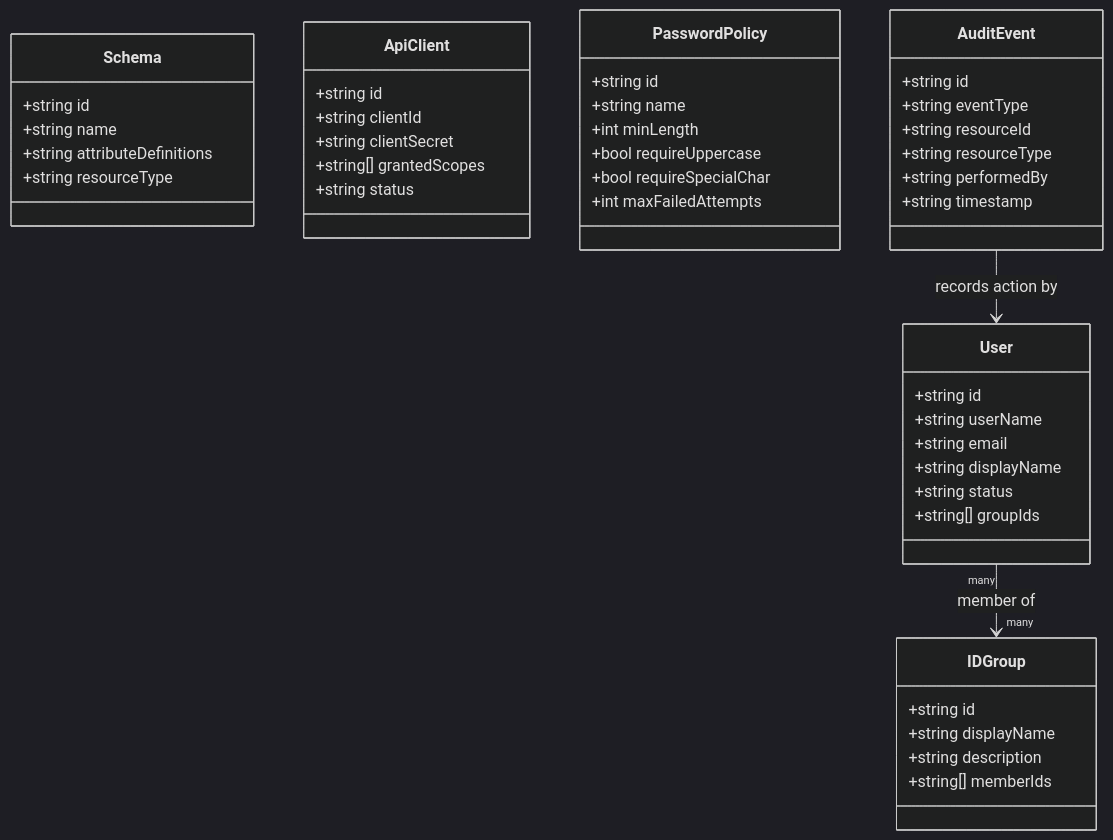
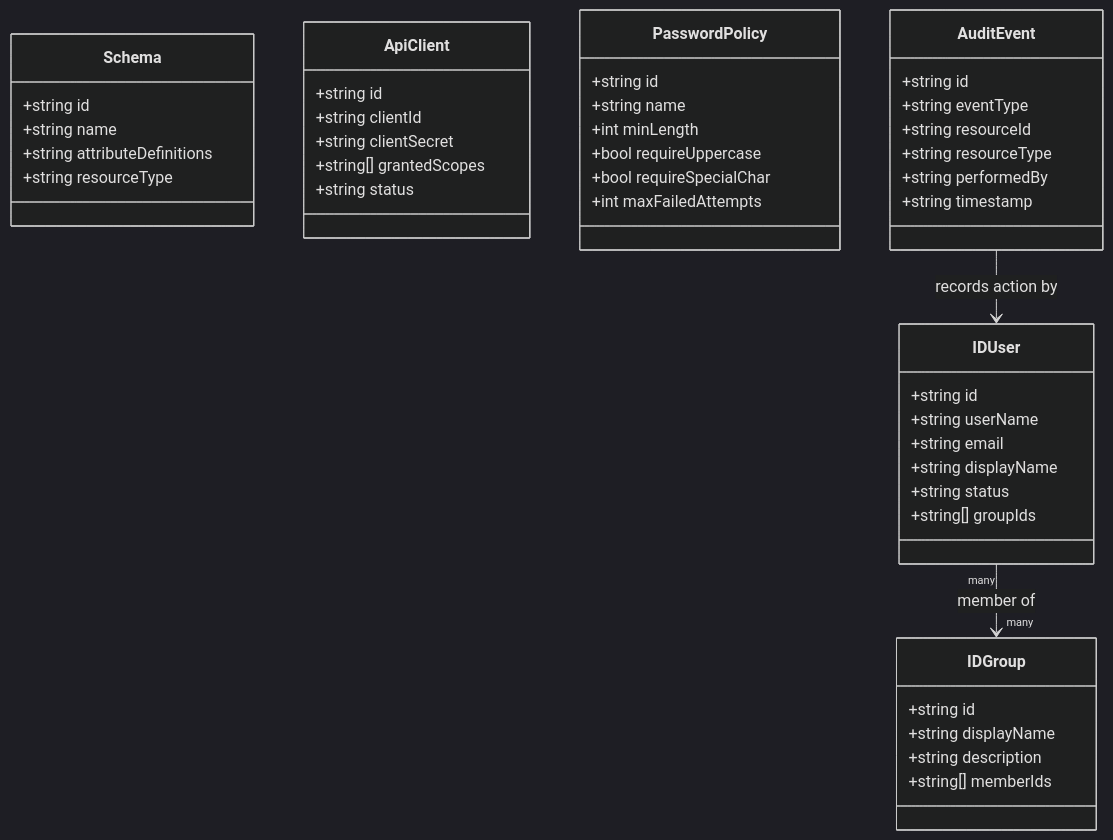
One commit to UIMSolutions/uim-platform changed the first of 3 diagrams in identity-directory/docs/UML.md. Above: the diagram before and after it, drawn with Mermaid (dark theme). The commit also changed other lines of this file and 25 other files, not shown here.

````diff
--- a/identity-directory/docs/UML.md
+++ b/identity-directory/docs/UML.md
@@ -5,49 +5,49 @@
 ```mermaid
 classDiagram
-    class User {
+    class IDUser {
         +string id
         +string userName
         +string email
         +string displayName
         +string status
         +string[] groupIds
     }
     class IDGroup {
         +string id
         +string displayName
         +string description
         +string[] memberIds
     }
     class Schema {
         +string id
         +string name
         +string attributeDefinitions
         +string resourceType
     }
     class ApiClient {
         +string id
         +string clientId
         +string clientSecret
         +string[] grantedScopes
         +string status
     }
     class PasswordPolicy {
         +string id
         +string name
         +int minLength
         +bool requireUppercase
         +bool requireSpecialChar
         +int maxFailedAttempts
     }
     class AuditEvent {
         +string id
         +string eventType
         +string resourceId
         +string resourceType
         +string performedBy
         +string timestamp
     }
 
-    User "many" --> "many" IDGroup : member of
-    AuditEvent --> User : records action by
+    IDUser "many" --> "many" IDGroup : member of
+    AuditEvent --> IDUser : records action by
 ```
````
